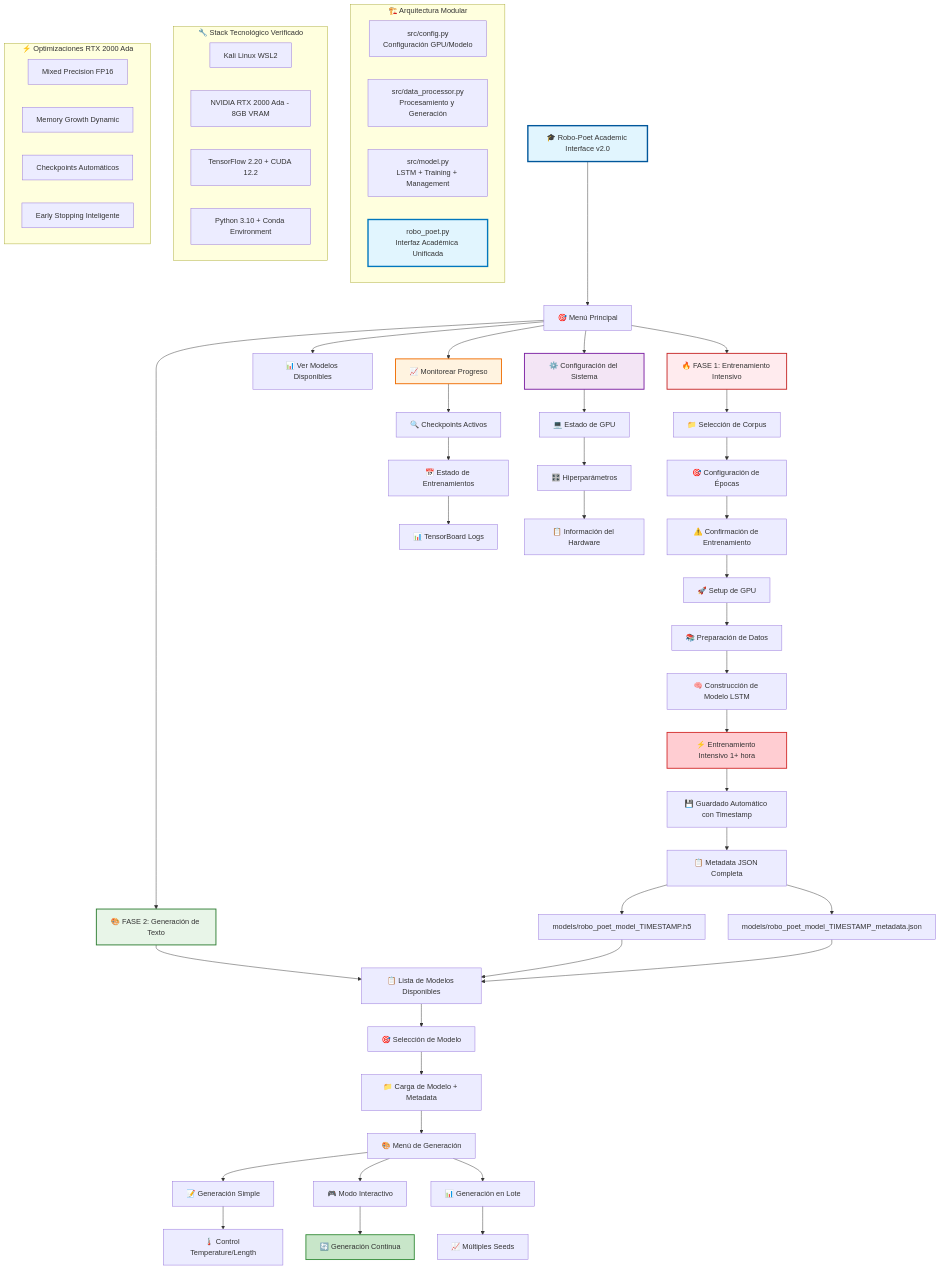
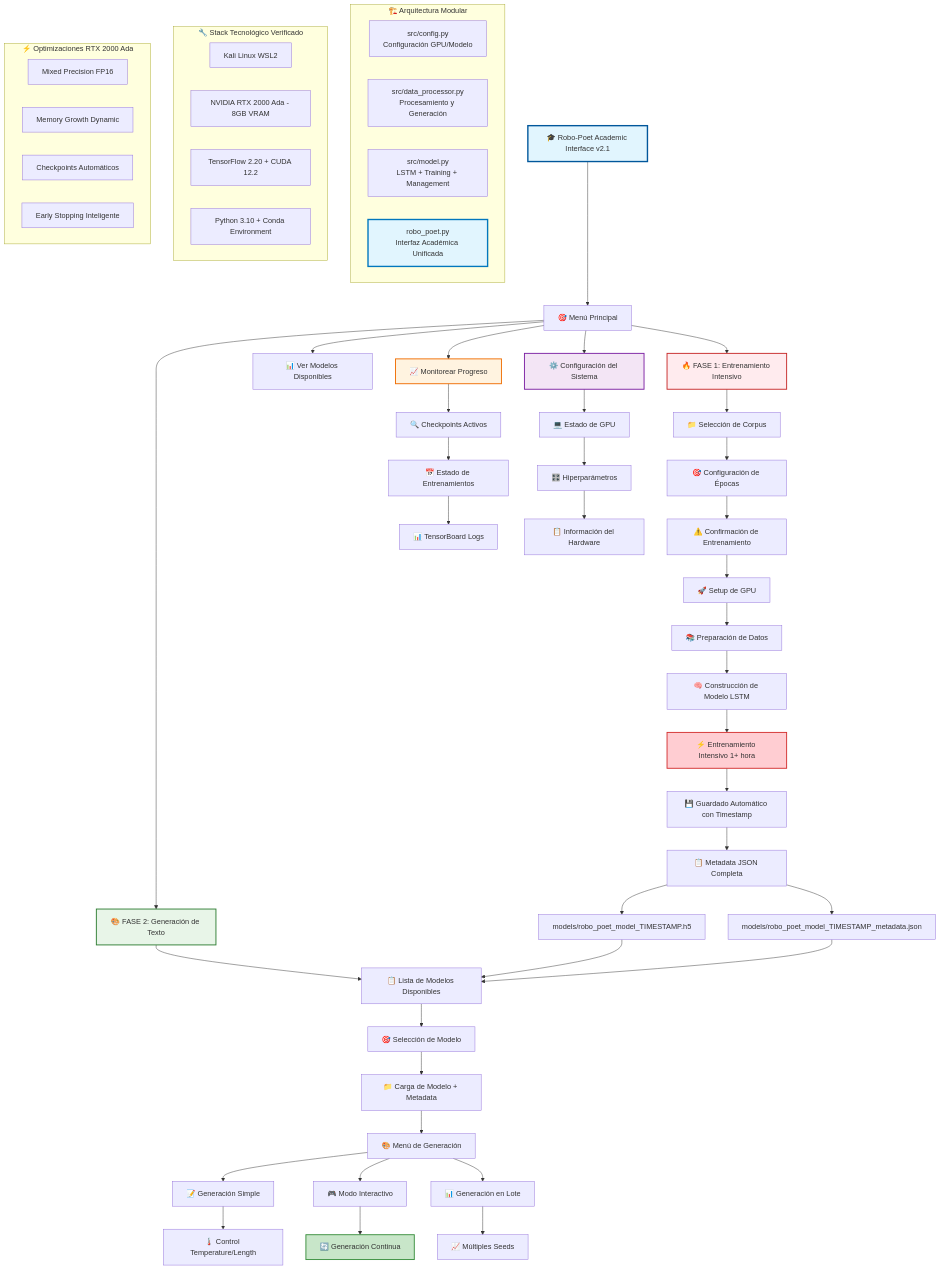
Before and after one commit to BernardUriza/Robo-Poet: the second of 2 diagrams in readme.md, drawn with Mermaid. The commit also changed other lines of this file, not shown here.

````diff
--- a/readme.md
+++ b/readme.md
@@ -92,6 +92,6 @@
 ```mermaid
 flowchart TD
-    A[🎓 Robo-Poet Academic Interface v2.0] --> B[🎯 Menú Principal]
+    A[🎓 Robo-Poet Academic Interface v2.1] --> B[🎯 Menú Principal]
     
     B --> C[🔥 FASE 1: Entrenamiento Intensivo]
     B --> D[🎨 FASE 2: Generación de Texto]
````
